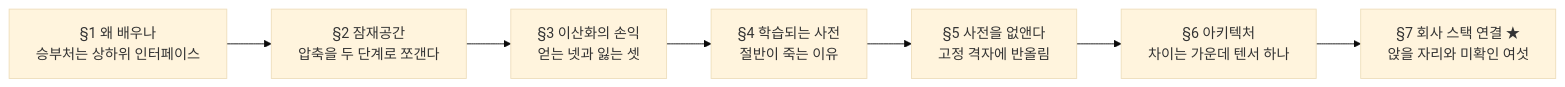
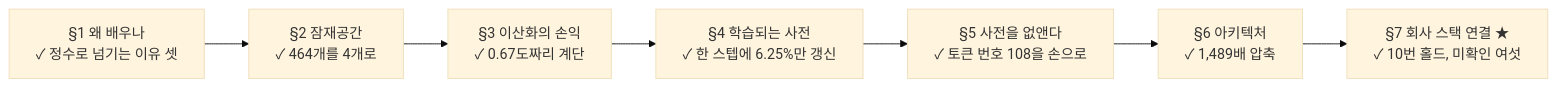
Before and after one commit to sguys99/physical-ai-study: the fifth of 5 diagrams in course/w1-generative-core/05-latent-discrete-fsq/lesson.md, drawn with Mermaid (base theme). The commit also changed other lines of this file and 12 other files, not shown here.

````diff
--- a/course/w1-generative-core/05-latent-discrete-fsq/lesson.md
+++ b/course/w1-generative-core/05-latent-discrete-fsq/lesson.md
@@ -546,9 +750,9 @@
 ```mermaid
 flowchart LR
-  S1["§1 왜 배우나<br/>승부처는 상하위 인터페이스"] --> S2["§2 잠재공간<br/>압축을 두 단계로 쪼갠다"]
-  S2 --> S3["§3 이산화의 손익<br/>얻는 넷과 잃는 셋"]
-  S3 --> S4["§4 학습되는 사전<br/>절반이 죽는 이유"]
-  S4 --> S5["§5 사전을 없앤다<br/>고정 격자에 반올림"]
-  S5 --> S6["§6 아키텍처<br/>차이는 가운데 텐서 하나"]
-  S6 --> S7["§7 회사 스택 연결 ★<br/>앉을 자리와 미확인 여섯"]
+  S1["§1 왜 배우나<br/>✓ 정수로 넘기는 이유 셋"] --> S2["§2 잠재공간<br/>✓ 464개를 4개로"]
+  S2 --> S3["§3 이산화의 손익<br/>✓ 0.67도짜리 계단"]
+  S3 --> S4["§4 학습되는 사전<br/>✓ 한 스텝에 6.25%만 갱신"]
+  S4 --> S5["§5 사전을 없앤다<br/>✓ 토큰 번호 108을 손으로"]
+  S5 --> S6["§6 아키텍처<br/>✓ 1,489배 압축"]
+  S6 --> S7["§7 회사 스택 연결 ★<br/>✓ 10번 홀드, 미확인 여섯"]
 ```
````
